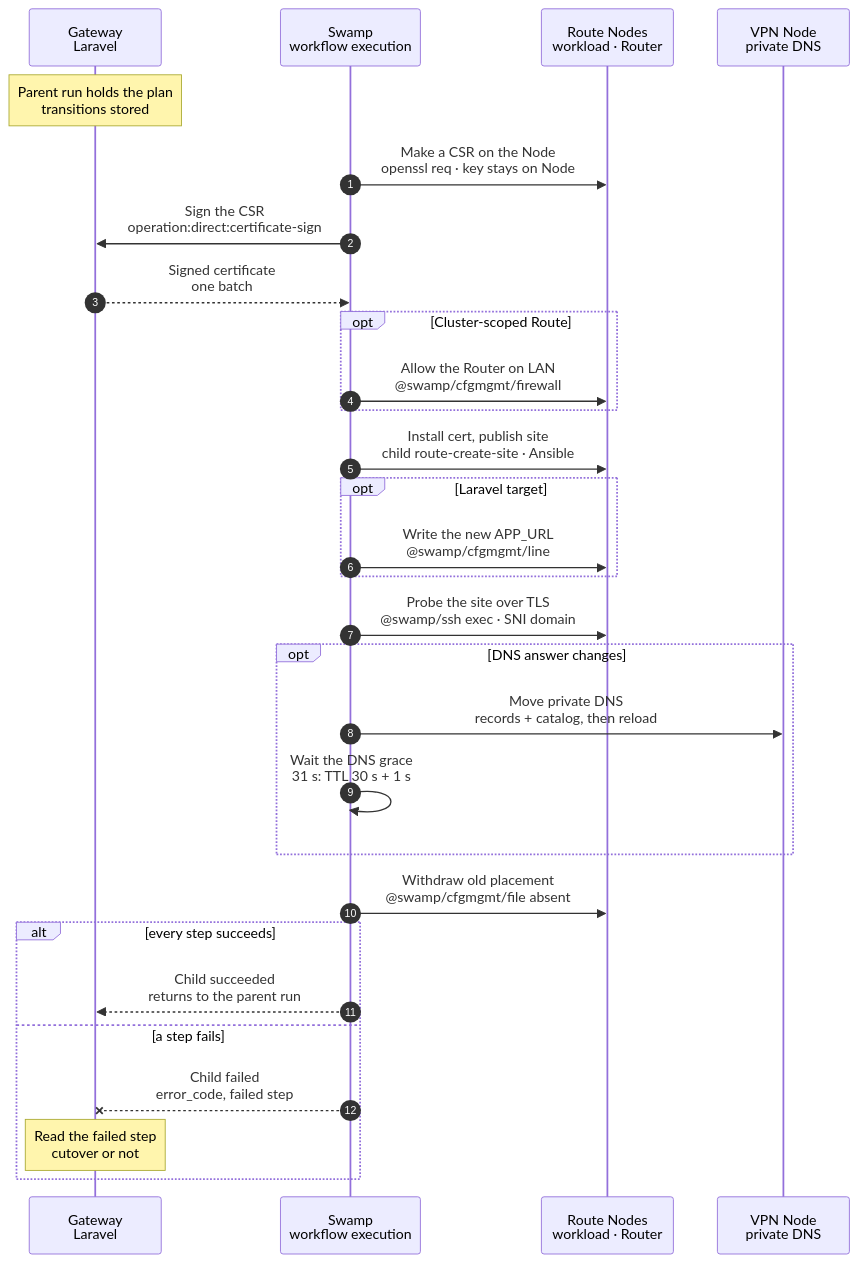
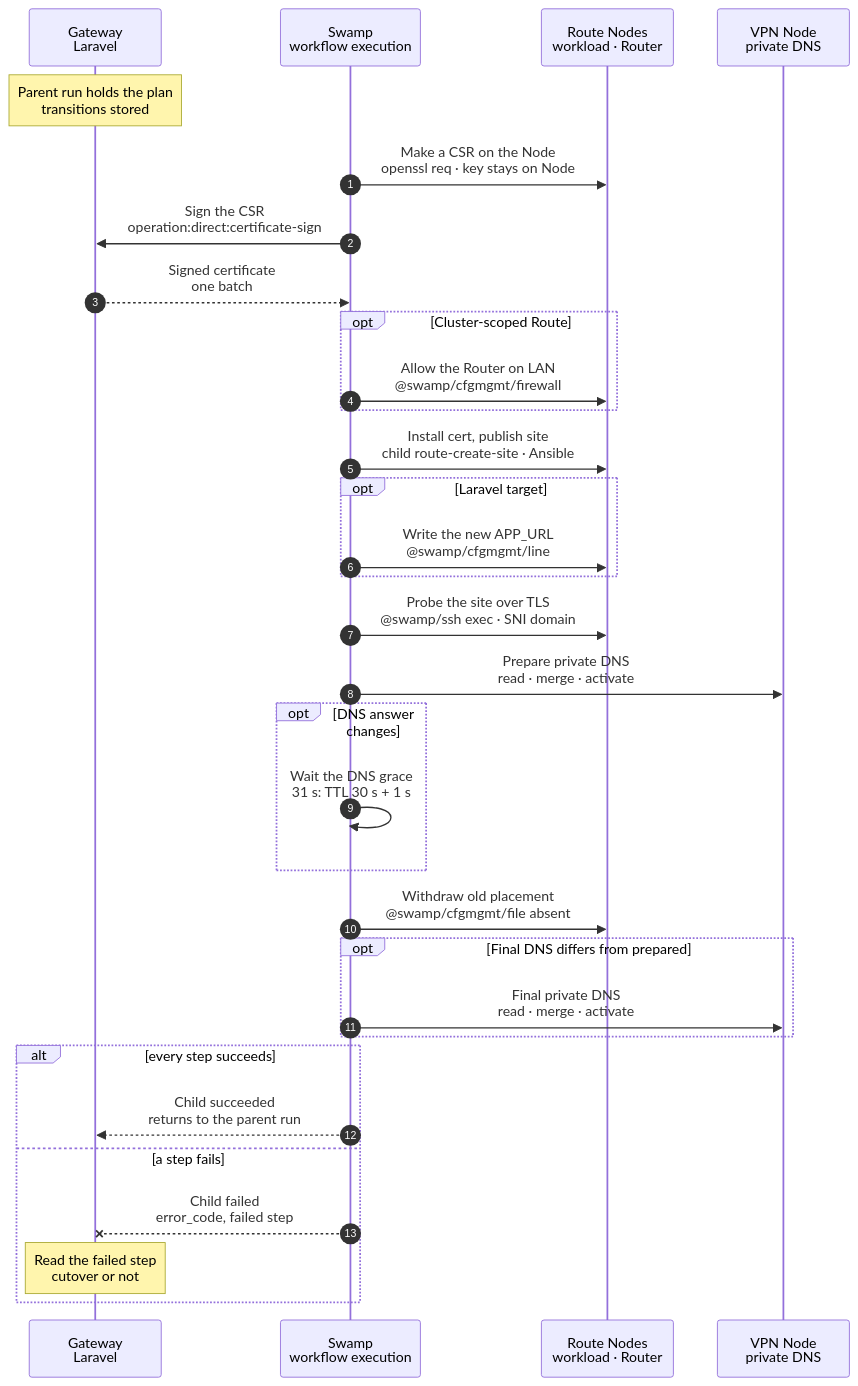
Before and after one commit to hardimpactdev/orbit: the diagram in docs/cli/route/reconcile.mmd, drawn with Mermaid. The commit also changed 7 other files, not shown here.

First line of the commit message:
Skip only redundant final DNS publication in Route mutations (#3469)

```diff
--- a/docs/cli/route/reconcile.mmd
+++ b/docs/cli/route/reconcile.mmd
@@ -1,64 +1,72 @@
 sequenceDiagram
   %% Target design: shared child workflow of cluster:update, cluster:activate, cluster:deactivate, cluster:node:add and cluster:node:remove, with the steps of route:update. docs/reference/routes.md#change-a-tld-cluster-state-or-cluster-membership.
   %% Decided by the orchestrator, for Nick's review (2026-11-06): the site child is one Ansible phase per Node (tags site), because each placed Swamp step costs about 1.2 s and the child ran 30 in series (47.6 s measured).
   %% status: draft
   %% command: none · shared by the Cluster commands
   %% kind: route.reconcile
   autonumber
   %% lane GW icon=gateway pill=intent tone=blue
   %% lane SW icon=workflow pill=executes tone=green
   %% lane N icon=server pill=target tone=amber
   %% lane V icon=server pill=target tone=purple
   participant GW as Gateway<br/>Laravel
   participant SW as Swamp<br/>workflow execution
   participant N as Route Nodes<br/>workload · Router
   participant V as VPN Node<br/>private DNS
   Note over GW: Parent run holds the plan<br/>transitions stored
   %%> What it is:
   %%> - one child of the parent Cluster command's run; it takes every affected Route and reconciles them together
   %%> What the Gateway stored at admission:
   %%> - a pending replacement for each domain change and the old placement for each scope change
   SW->>N: Make a CSR on the Node<br/>openssl req · key stays on Node
   %%> Key custody:
   %%> - the CSR action creates the leaf directory and gives its Node-local key root:caddy ownership and mode 0640 before it returns
   SW->>GW: Sign the CSR<br/>operation:direct:certificate-sign
   %%> Why a call to the Gateway:
   %%> - certificate signing is the one allowed step-to-Gateway call; the Orbit CA stays in the Gateway
   GW-->>SW: Signed certificate<br/>one batch
   opt Cluster-scoped Route
     SW->>N: Allow the Router on LAN<br/>@swamp/cfgmgmt/firewall
   end
   SW->>N: Install cert, publish site<br/>child route-create-site · Ansible
   %%> What it does:
   %%> - publishes each new site beside the old one on its workload Node and the Router; Caddy reloads after validation
   opt Laravel target
     SW->>N: Write the new APP_URL<br/>@swamp/cfgmgmt/line
   end
   SW->>N: Probe the site over TLS<br/>@swamp/ssh exec · SNI domain
   %%> Why:
   %%> - the probe checks the hostname and the Orbit CA; an application HTTP error does not fail it, and a failed probe stops the cutover
+  SW->>V: Prepare private DNS<br/>read · merge · activate
+  %%> Why it always runs:
+  %%> - admitted equality cannot prove live state; the first publication keeps the existing repair and readiness path
   opt DNS answer changes
-    SW->>V: Move private DNS<br/>records + catalog, then reload
     SW->>SW: Wait the DNS grace<br/>31 s: TTL 30 s + 1 s
     %%> Why once for all Routes:
     %%> - all names move in one step and the grace is paid once; it counts from the stored time of the last move, so a rerun does not skip it
   end
   SW->>N: Withdraw old placement<br/>@swamp/cfgmgmt/file absent
   %%> What it does:
   %%> - removes the old sites, and the certificates and LAN rules the new placement does not need
+  opt Final DNS differs from prepared
+    SW->>V: Final private DNS<br/>read · merge · activate
+    %%> When it skips:
+    %%> - the first publication already established the same records and catalog; intervening steps change no DNS
+    %%> - native failure guards prevent a successful skip after a failed first publication, and required contribution counts match the dispatched children
+  end
   alt every step succeeds
     SW-->>GW: Child succeeded<br/>returns to the parent run
   else a step fails
     SW--xGW: Child failed<br/>error_code, failed step
     Note over GW: Read the failed step<br/>cutover or not
     %%> How the Gateway knows the cutover:
     %%> - it derives it from the failed step, as for `route:update`; a step up to the DNS move is before it
     %%> Result before the cutover:
     %%> - the old Routes stay authoritative and the replacements are `failed`; the Gateway restores the Laravel URLs and private DNS; a failed Caddy validation leaves the live file unchanged, removes the candidate and skips reload
     %%> Result after the cutover:
     %%> - a failure in the DNS grace or the withdrawal leaves the new placement authoritative and the old one retiring; a rerun finishes
     %%> On the Nodes:
     %%> - finished steps stay; there is no rollback
     %%> Retry:
     %%> - run the same parent command again; every step runs again and skips what already matches
   end
```
